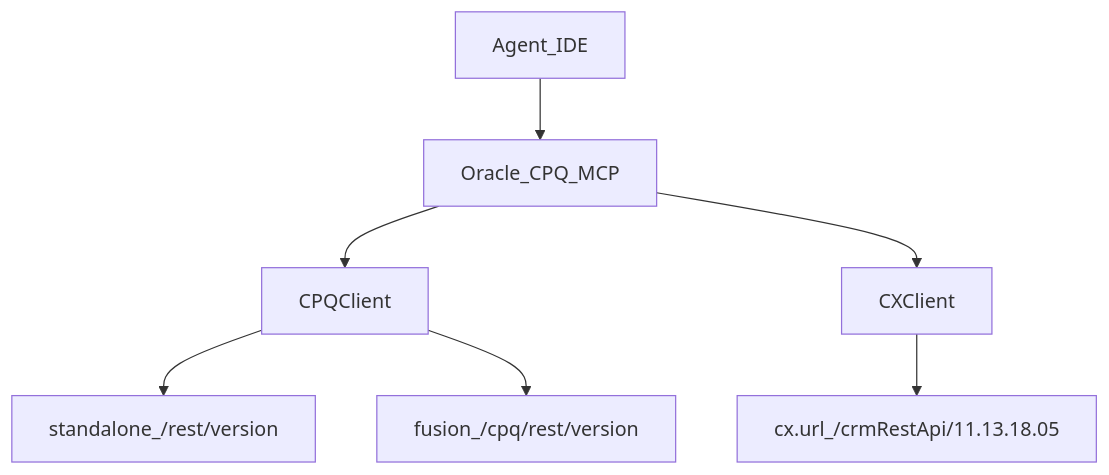
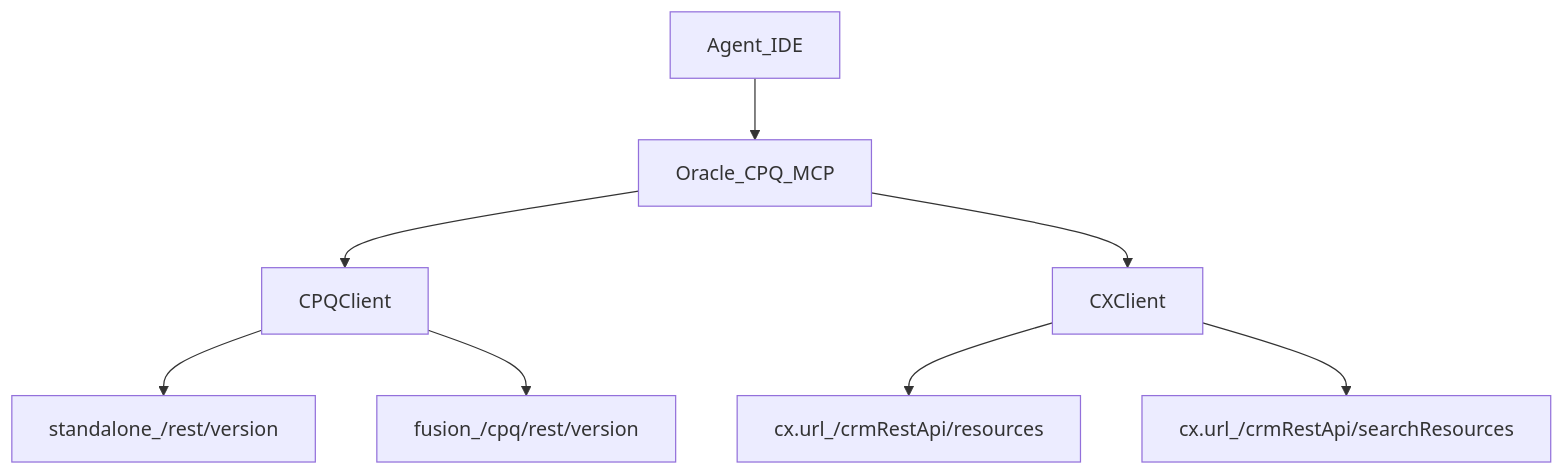
The first of 5 diagrams in docs/FEATURES.md (singhramandeep/oracleCPQMCP), drawn with Mermaid before and after one commit. The commit also changed other lines of this file and 34 other files, not shown here.

````diff
--- a/docs/FEATURES.md
+++ b/docs/FEATURES.md
@@ -13,13 +13,14 @@
 ```mermaid
 flowchart TB
   agent[Agent_IDE]
   mcp[Oracle_CPQ_MCP]
   cpqClient[CPQClient]
   cxClient[CXClient]
   agent --> mcp
   mcp --> cpqClient
   mcp --> cxClient
   cpqClient --> standalone["standalone_/rest/version"]
   cpqClient --> fusionCpq["fusion_/cpq/rest/version"]
-  cxClient --> crm["cx.url_/crmRestApi/11.13.18.05"]
+  cxClient --> crmAdf["cx.url_/crmRestApi/resources"]
+  cxClient --> crmAs["cx.url_/crmRestApi/searchResources"]
 ```
````
